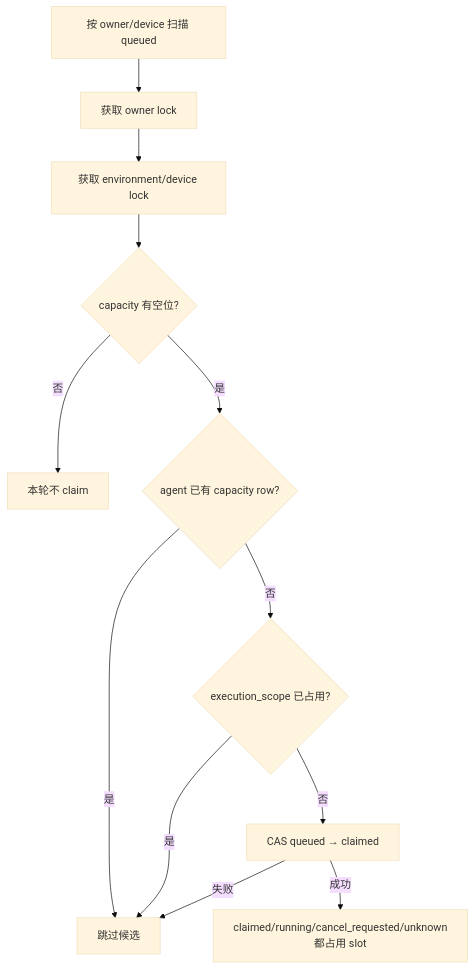
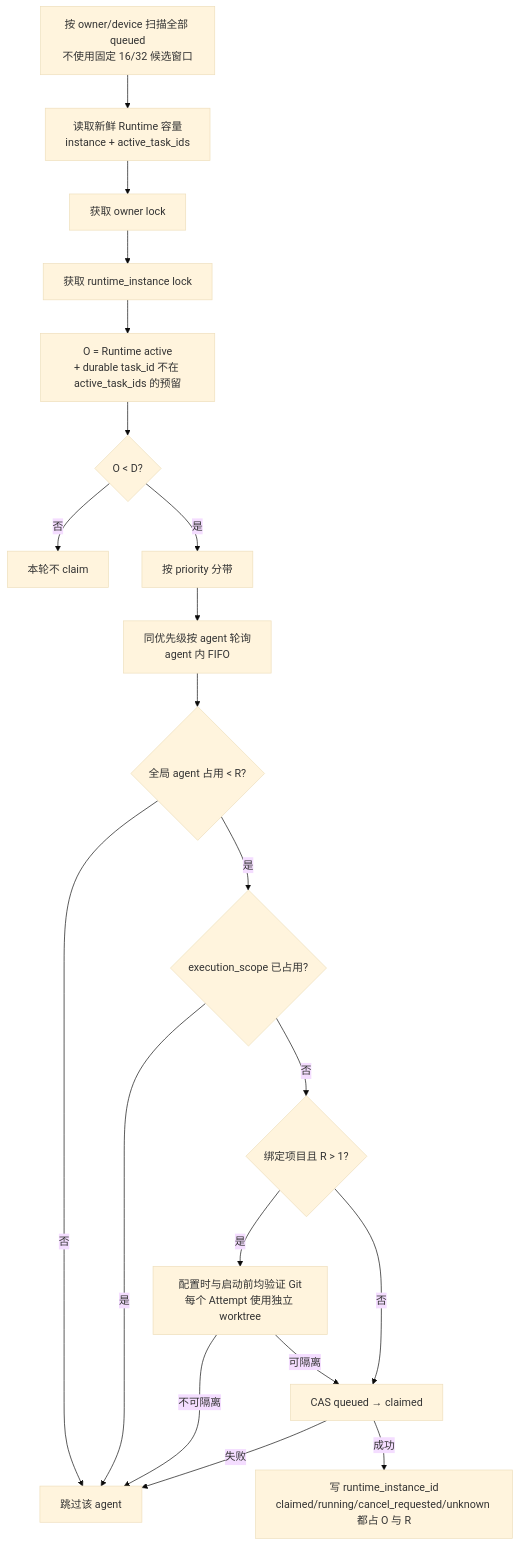
The tenth of 11 diagrams in docs/zh/wework/developer-guide/wework-project-execution-state-truth-refactoring.md (wecode-ai/Wegent), drawn with Mermaid (base theme) before and after one commit. The commit also changed other lines of this file and 53 other files, not shown here.

Commit message:
refactor(wework): unify runtime execution capacity truth

````diff
--- a/docs/zh/wework/developer-guide/wework-project-execution-state-truth-refactoring.md
+++ b/docs/zh/wework/developer-guide/wework-project-execution-state-truth-refactoring.md
@@ -324,14 +374,22 @@
 ```mermaid
 flowchart TD
-  SCAN["按 owner/device 扫描 queued"] --> OL["获取 owner lock"]
-  OL --> DL["获取 environment/device lock"]
-  DL --> CAP{"capacity 有空位?"}
+  SCAN["按 owner/device 扫描全部 queued<br/>不使用固定 16/32 候选窗口"] --> OBS["读取新鲜 Runtime 容量<br/>instance + active_task_ids"]
+  OBS --> OL["获取 owner lock"]
+  OL --> DL["获取 runtime_instance lock"]
+  DL --> MERGE["O = Runtime active<br/>+ durable task_id 不在 active_task_ids 的预留"]
+  MERGE --> CAP{"O < D?"}
   CAP -->|否| END["本轮不 claim"]
-  CAP -->|是| AG{"agent 已有 capacity row?"}
-  AG -->|是| NEXT["跳过候选"]
-  AG -->|否| SP{"execution_scope 已占用?"}
+  CAP -->|是| PRI["按 priority 分带"]
+  PRI --> RR["同优先级按 agent 轮询<br/>agent 内 FIFO"]
+  RR --> AG{"全局 agent 占用 < R?"}
+  AG -->|否| NEXT["跳过该 agent"]
+  AG -->|是| SP{"execution_scope 已占用?"}
   SP -->|是| NEXT
-  SP -->|否| CAS["CAS queued → claimed"]
+  SP -->|否| ISO{"绑定项目且 R > 1?"}
+  ISO -->|是| GIT["配置时与启动前均验证 Git<br/>每个 Attempt 使用独立 worktree"]
+  ISO -->|否| CAS["CAS queued → claimed"]
+  GIT -->|不可隔离| NEXT
+  GIT -->|可隔离| CAS
   CAS -->|失败| NEXT
-  CAS -->|成功| SLOT["claimed/running/cancel_requested/unknown<br/>都占用 slot"]
+  CAS -->|成功| SLOT["写 runtime_instance_id<br/>claimed/running/cancel_requested/unknown 都占 O 与 R"]
 ```
````
